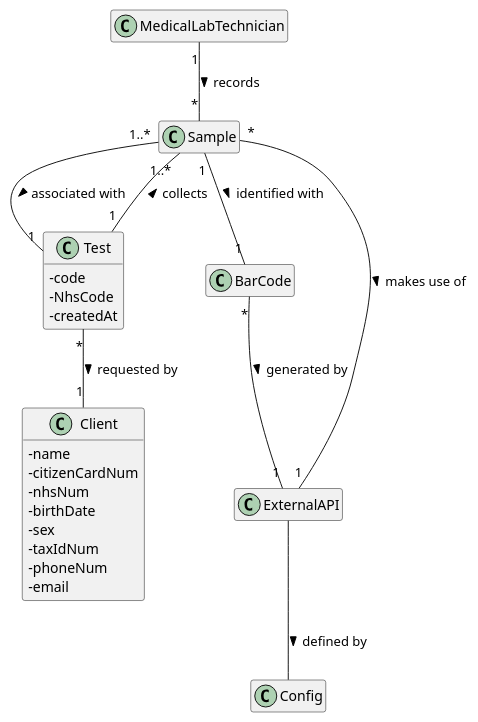
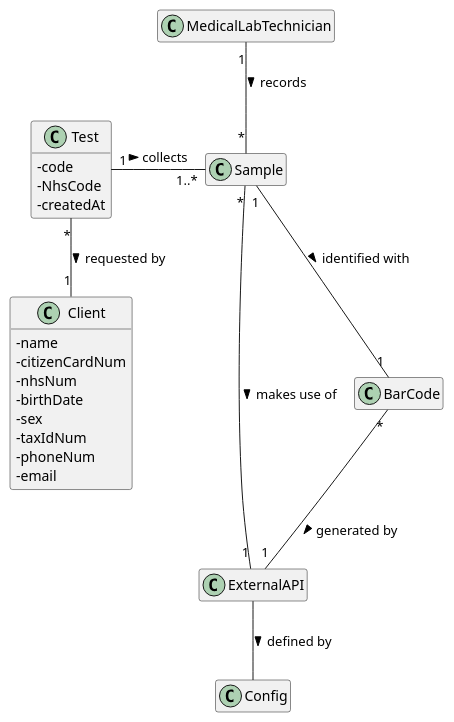
Before and after one commit to ana-albergaria/LAPR2-ISEP: the diagram in docs/SprintC/US_5/US5_DM.puml, drawn with PlantUML. The commit also changed 3 other files, not shown here.

Commit message:
US5 - Starting SD Diagram

```diff
--- a/docs/SprintC/US_5/US5_DM.puml
+++ b/docs/SprintC/US_5/US5_DM.puml
@@ -1,78 +1,77 @@
 @startuml
 
 skinparam classAttributeIconSize 0
 hide empty methods
 hide empty attributes
 
 class MedicalLabTechnician{}
 
 class Sample{}
 
 class Test{
 - code
 - NhsCode
 - createdAt
 }
 
 class BarCode {}
 
 class ExternalAPI{}
 
 /'class LabOrder{}'/
 
 class Client{
 - name
 - citizenCardNum
 - nhsNum
 - birthDate
 - sex
 - taxIdNum
 - phoneNum
 - email
 }
 
 /'
 class TestType{
 - code
 - description
 - collectingMethod
 }'/
 
 /'class Parameter {
   -code
   -shortName
   -description
 }'/
 
 class Config {}
 
 
 
 
 MedicalLabTechnician "1" -- "*" Sample : records >
 Sample "1" -- "1" BarCode : identified with >
 BarCode "*" -- "1" ExternalAPI : generated by >
-Test "1" -- "1..*" Sample : collects >
+Test "1" - "1..*" Sample : collects >
 /'Test "1" --- "1" LabOrder : originates <'/
 /'LabOrder "1..*" --- "1" Client : provided by >'/
 
 /'comment line above'/
 /'Test "*" -- "1" TestType : classified as >'/
 
 /'LabOrder -- TestType : contains >'/
 /'LabOrder -- "1..*" Parameter : contains >'/
 
-/'RETIRAR SAMPLE <-> TEST'/
-Sample "1..*" -- "1" Test : associated with >
+
 
 ExternalAPI -- Config : defined by >
 
 Test "*" -- "1" Client : requested by >
 
-Sample "*" -- "1" ExternalAPI : makes use of >
+Sample "*" - "1" ExternalAPI : makes use of >
 
 /'FALTA ADICIONAR ASSOCIAÇÕES: CLIENT <-> TEST , CLIENT <-> SAMPLE'/
 /'PORQUÊ QUE O TEST TEM 2 codes?'/
 
 
 @enduml
```
